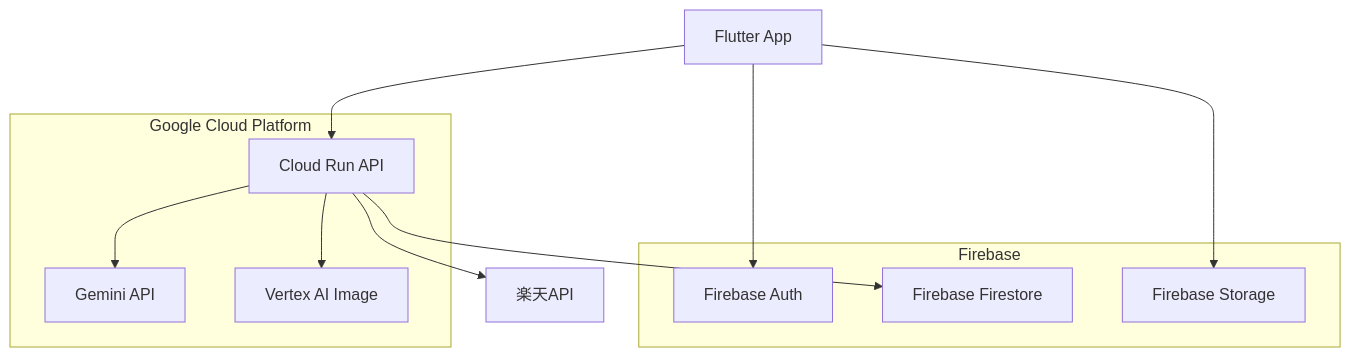
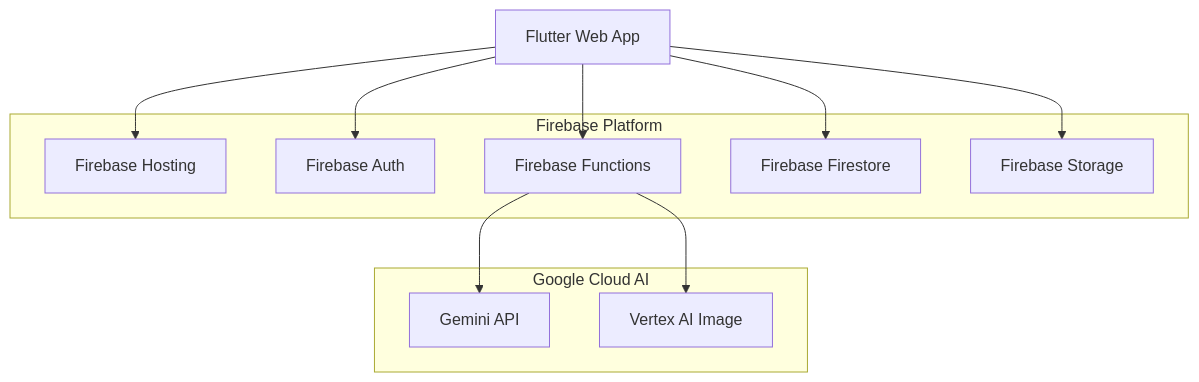
The diagram in README.md (wwlapaki310/sakisou), drawn with Mermaid before and after one commit. The commit also changed other lines of this file and 1 other file, not shown here.

````diff
--- a/README.md
+++ b/README.md
@@ -47,22 +49,23 @@
 ```mermaid
 graph TB
-    A[Flutter App] --> B[Firebase Auth]
-    A --> C[Cloud Run API]
-    C --> D[Gemini API]
-    C --> E[Vertex AI Image]
-    C --> F[Firebase Firestore]
-    A --> G[Firebase Storage]
-    C --> H[楽天API]
+    A[Flutter Web App] --> B[Firebase Hosting]
+    A --> C[Firebase Auth]
+    A --> D[Firebase Functions]
+    D --> E[Gemini API]
+    D --> F[Vertex AI Image]
+    A --> G[Firebase Firestore]
+    A --> H[Firebase Storage]
     
-    subgraph "Google Cloud Platform"
+    subgraph "Firebase Platform"
+        B
         C
         D
-        E
+        G
+        H
     end
     
-    subgraph "Firebase"
-        B
+    subgraph "Google Cloud AI"
+        E
         F
-        G
     end
 ```
````
